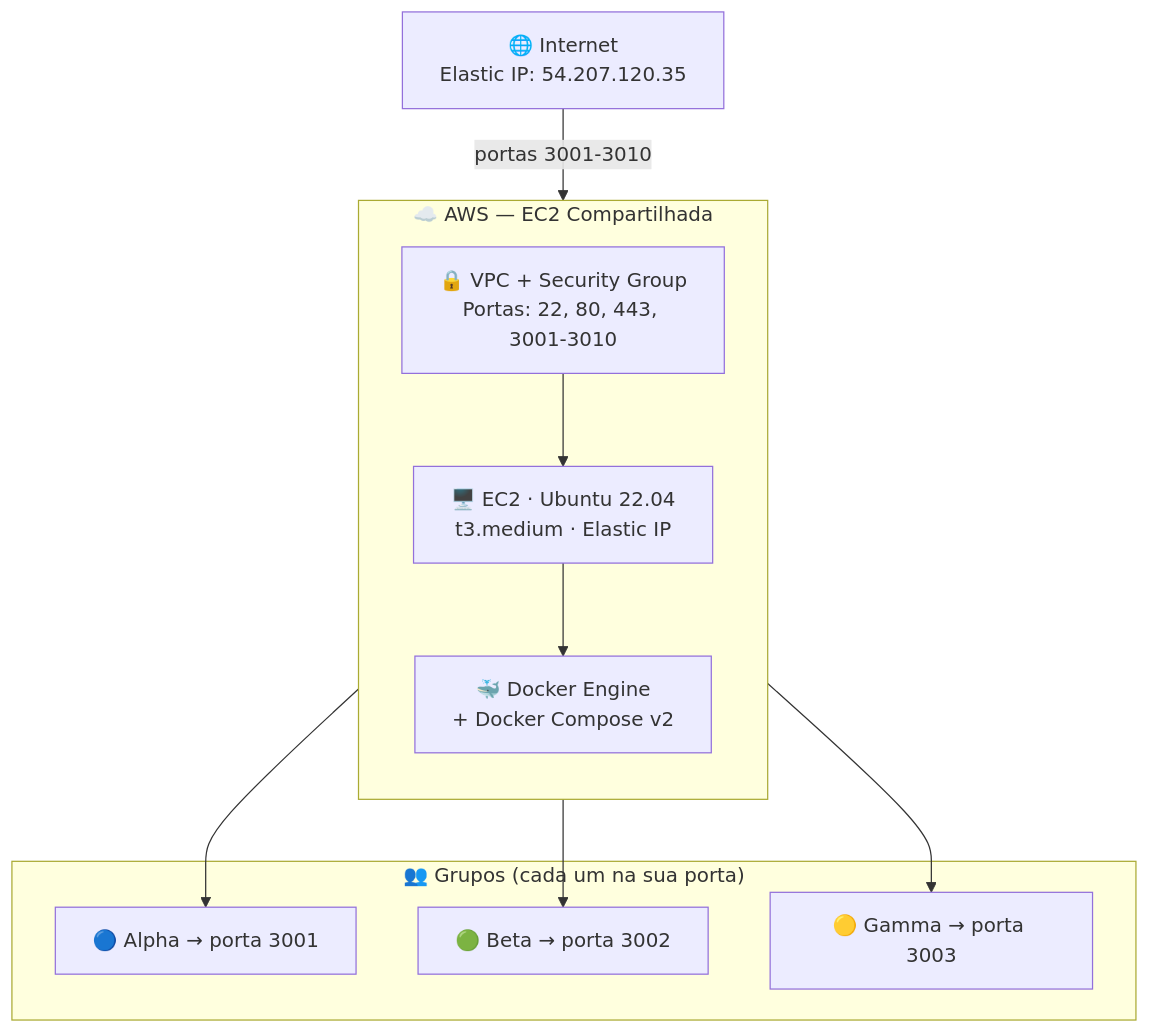
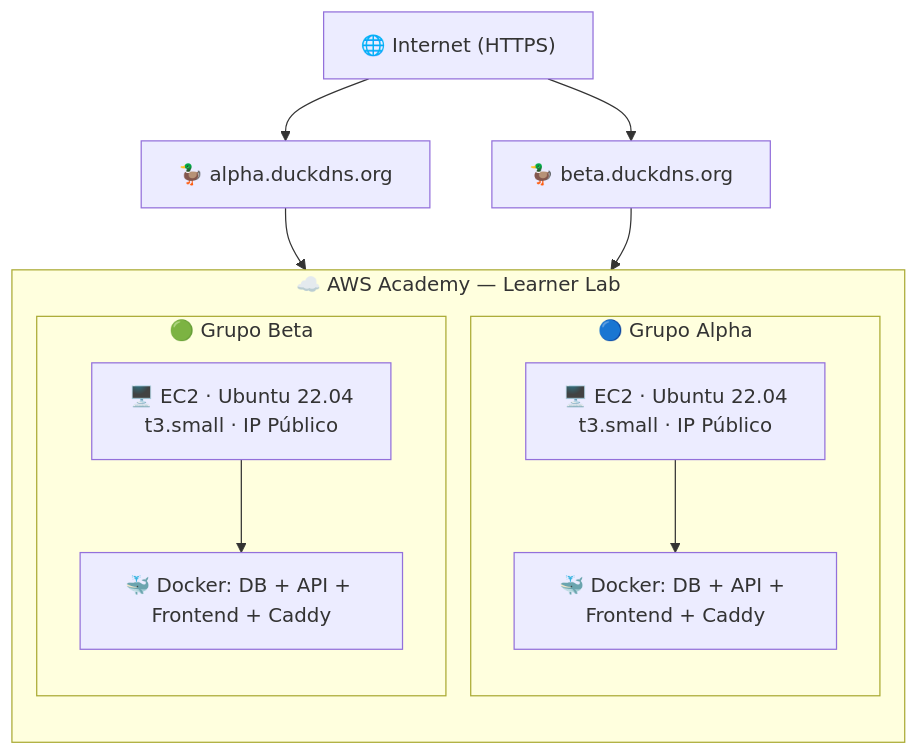
One commit to rofilho/projetos2 changed the diagram in content/Aula CP5 - Deploy na Nuvem.md. Above: the diagram before and after it, drawn with Mermaid. The commit also changed other lines of this file, not shown here.

Commit message:
refactor: migrar aula cp5 para aws academy learner lab (vm por grupo)

````diff
--- a/content/Aula CP5 - Deploy na Nuvem.md
+++ b/content/Aula CP5 - Deploy na Nuvem.md
@@ -76,23 +77,26 @@
 ```mermaid
 flowchart TB
-    subgraph AWS["☁️ AWS — EC2 Compartilhada"]
+    subgraph AWS["☁️ AWS Academy — Learner Lab"]
         direction TB
-        VPC["🔒 VPC + Security Group<br>Portas: 22, 80, 443, 3001-3010"]
-        VM["🖥️ EC2 · Ubuntu 22.04<br>t3.medium · Elastic IP"]
-        DOCKER["🐳 Docker Engine<br>+ Docker Compose v2"]
-        VPC --> VM --> DOCKER
+        subgraph GA["🔵 Grupo Alpha"]
+            EC2A["🖥️ EC2 · Ubuntu 22.04<br>t3.small · IP Público"]
+            DA["🐳 Docker: DB + API + Frontend + Caddy"]
+            EC2A --> DA
+        end
+
+        subgraph GB["🟢 Grupo Beta"]
+            EC2B["🖥️ EC2 · Ubuntu 22.04<br>t3.small · IP Público"]
+            DB["🐳 Docker: DB + API + Frontend + Caddy"]
+            EC2B --> DB
+        end
     end
 
-    subgraph GRUPOS["👥 Grupos (cada um na sua porta)"]
-        GA["🔵 Alpha → porta 3001"]
-        GB["🟢 Beta → porta 3002"]
-        GC["🟡 Gamma → porta 3003"]
-    end
-
-    INTERNET["🌐 Internet<br>Elastic IP: 54.207.120.35"]
+    DNSA["🦆 alpha.duckdns.org"]
+    DNSB["🦆 beta.duckdns.org"]
     
-    INTERNET -->|"portas 3001-3010"| VPC
-    DOCKER --> GA
-    DOCKER --> GB
-    DOCKER --> GC
+    DNSA --> EC2A
+    DNSB --> EC2B
+    
+    INTERNET["🌐 Internet (HTTPS)"] --> DNSA
+    INTERNET --> DNSB
 ```
````
